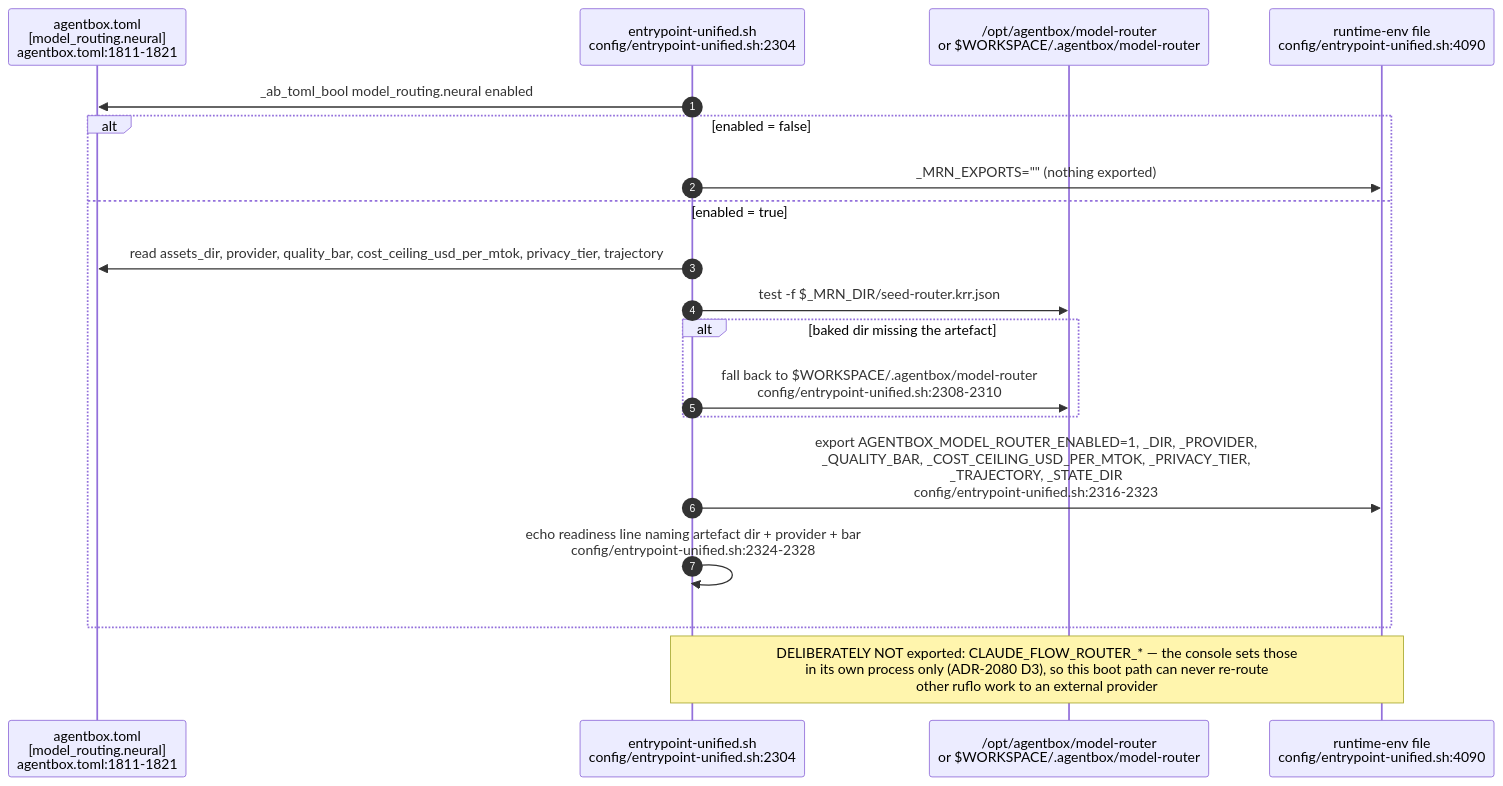
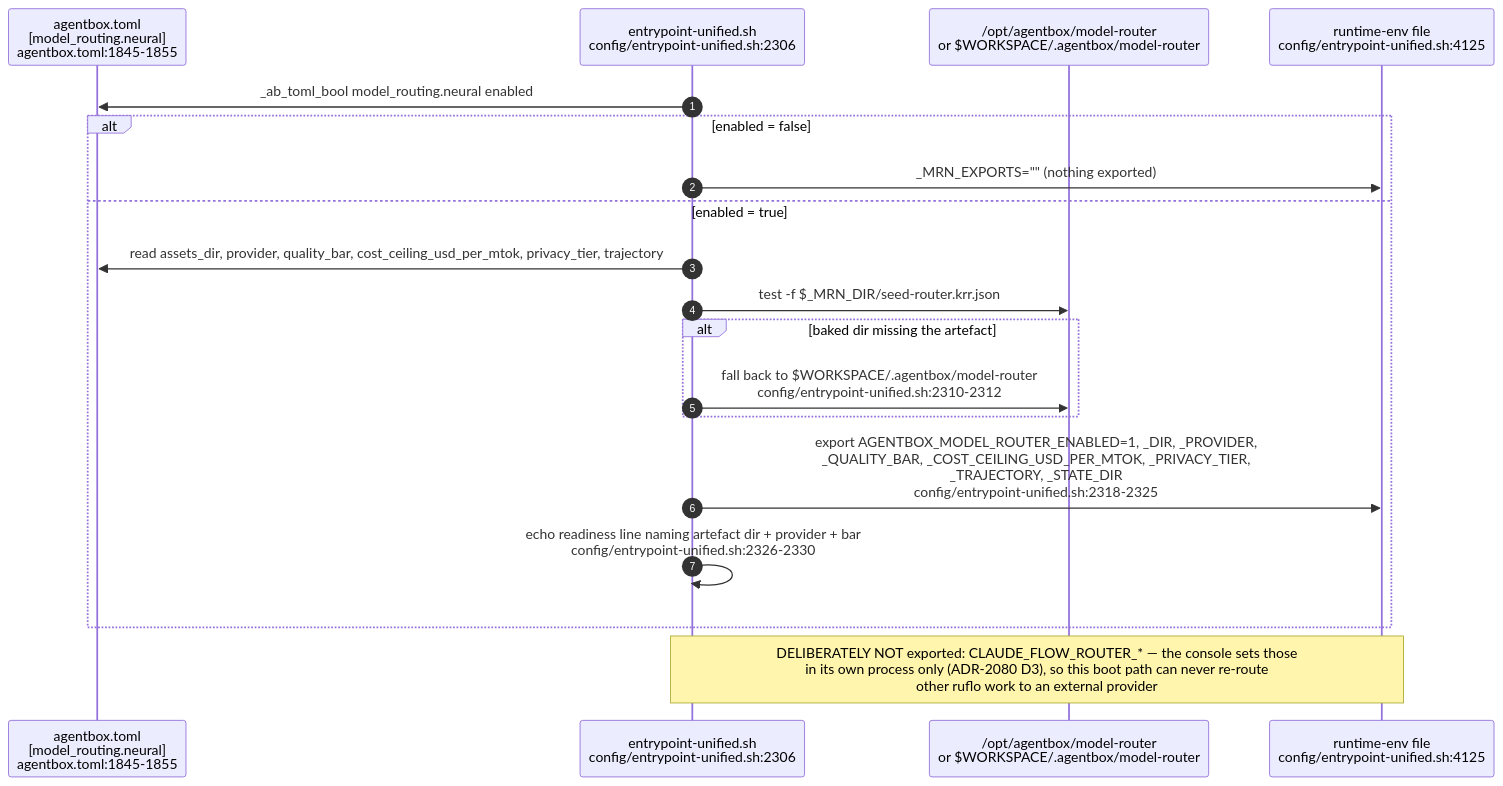
The second of 9 diagrams in docs/diagrams/agentbox/29-metaharness-router-console.md (DreamLab-AI/VisionFlow), drawn with Mermaid before and after one commit. The commit also changed other lines of this file and 7 other files, not shown here.

````diff
--- a/docs/diagrams/agentbox/29-metaharness-router-console.md
+++ b/docs/diagrams/agentbox/29-metaharness-router-console.md
@@ -69,22 +69,22 @@
 ```mermaid
 sequenceDiagram
     autonumber
-    participant TOML as agentbox.toml<br/>[model_routing.neural]<br/>agentbox.toml:1811-1821
-    participant EP as entrypoint-unified.sh<br/>config/entrypoint-unified.sh:2304
+    participant TOML as agentbox.toml<br/>[model_routing.neural]<br/>agentbox.toml:1845-1855
+    participant EP as entrypoint-unified.sh<br/>config/entrypoint-unified.sh:2306
     participant DISK as /opt/agentbox/model-router<br/>or $WORKSPACE/.agentbox/model-router
-    participant ENV as runtime-env file<br/>config/entrypoint-unified.sh:4090
+    participant ENV as runtime-env file<br/>config/entrypoint-unified.sh:4125
 
     EP->>TOML: _ab_toml_bool model_routing.neural enabled
     alt enabled = false
         EP->>ENV: _MRN_EXPORTS="" (nothing exported)
     else enabled = true
         EP->>TOML: read assets_dir, provider, quality_bar, cost_ceiling_usd_per_mtok, privacy_tier, trajectory
         EP->>DISK: test -f $_MRN_DIR/seed-router.krr.json
         alt baked dir missing the artefact
-            EP->>DISK: fall back to $WORKSPACE/.agentbox/model-router<br/>config/entrypoint-unified.sh:2308-2310
+            EP->>DISK: fall back to $WORKSPACE/.agentbox/model-router<br/>config/entrypoint-unified.sh:2310-2312
         end
-        EP->>ENV: export AGENTBOX_MODEL_ROUTER_ENABLED=1, _DIR, _PROVIDER,<br/>_QUALITY_BAR, _COST_CEILING_USD_PER_MTOK, _PRIVACY_TIER,<br/>_TRAJECTORY, _STATE_DIR<br/>config/entrypoint-unified.sh:2316-2323
-        EP->>EP: echo readiness line naming artefact dir + provider + bar<br/>config/entrypoint-unified.sh:2324-2328
+        EP->>ENV: export AGENTBOX_MODEL_ROUTER_ENABLED=1, _DIR, _PROVIDER,<br/>_QUALITY_BAR, _COST_CEILING_USD_PER_MTOK, _PRIVACY_TIER,<br/>_TRAJECTORY, _STATE_DIR<br/>config/entrypoint-unified.sh:2318-2325
+        EP->>EP: echo readiness line naming artefact dir + provider + bar<br/>config/entrypoint-unified.sh:2326-2330
     end
     Note over EP,ENV: DELIBERATELY NOT exported: CLAUDE_FLOW_ROUTER_* — the console sets those<br/>in its own process only (ADR-2080 D3), so this boot path can never re-route<br/>other ruflo work to an external provider
 ```
````
